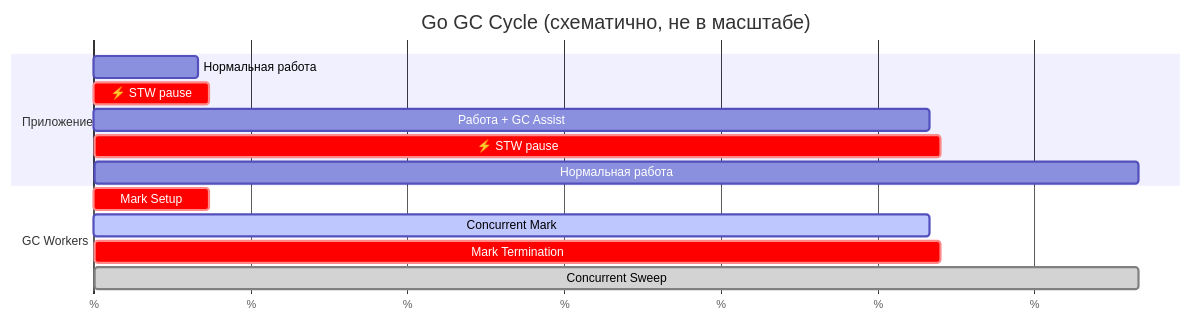
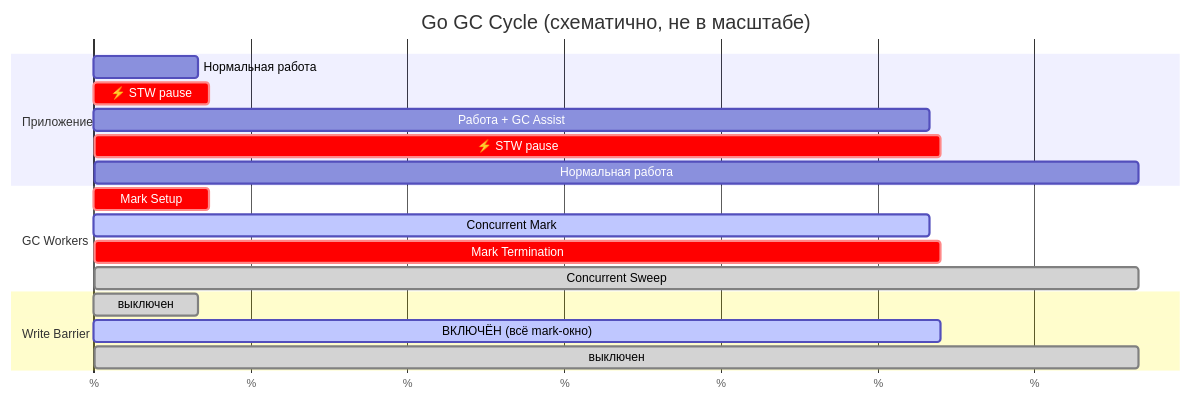
One commit to fev0ks/LearnGoLang changed the fourth of 5 diagrams in docs/senior-golang-study/01-go-core/memory-internals/04-garbage-collector.md. Above: the diagram before and after it, drawn with Mermaid. The commit also changed other lines of this file and 4 other files, not shown here.

````diff
--- a/docs/senior-golang-study/01-go-core/memory-internals/04-garbage-collector.md
+++ b/docs/senior-golang-study/01-go-core/memory-internals/04-garbage-collector.md
@@ -164,19 +169,24 @@
 ```mermaid
 gantt
     title Go GC Cycle (схематично, не в масштабе)
     dateFormat  X
     axisFormat  %%
 
     section Приложение
     Нормальная работа      : a1, 0,  10
     ⚡ STW pause            : crit, a2, 10, 11
     Работа  +  GC Assist   : a3, 11, 80
     ⚡ STW pause            : crit, a4, 80, 81
     Нормальная работа      : a5, 81, 100
 
     section GC Workers
     Mark Setup             : crit,   g1, 10, 11
     Concurrent Mark        : active, g2, 11, 80
     Mark Termination       : crit,   g3, 80, 81
     Concurrent Sweep       : done,   g4, 81, 100
+
+    section Write Barrier
+    выключен               : done,   w1, 0, 10
+    ВКЛЮЧЁН (всё mark-окно) : active, w2, 10, 81
+    выключен               : done,   w3, 81, 100
 ```
````
